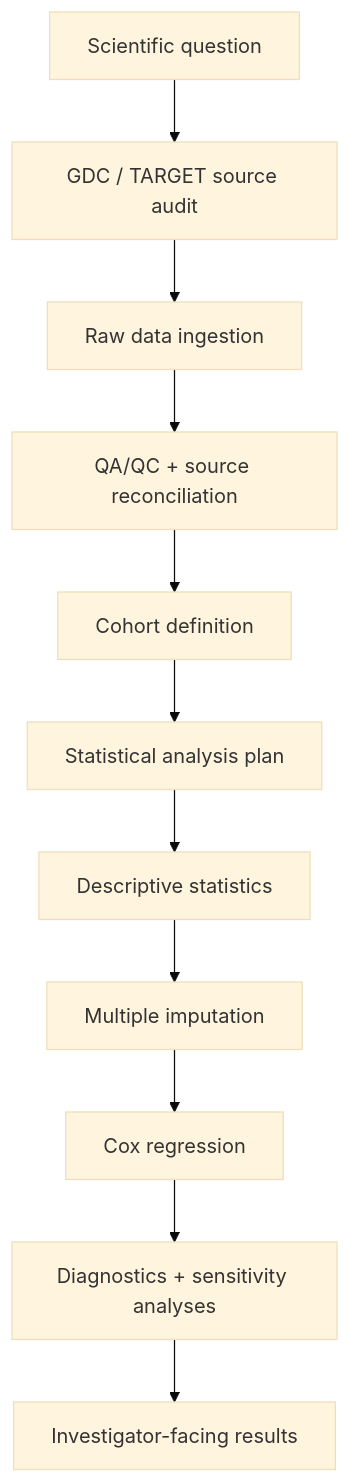
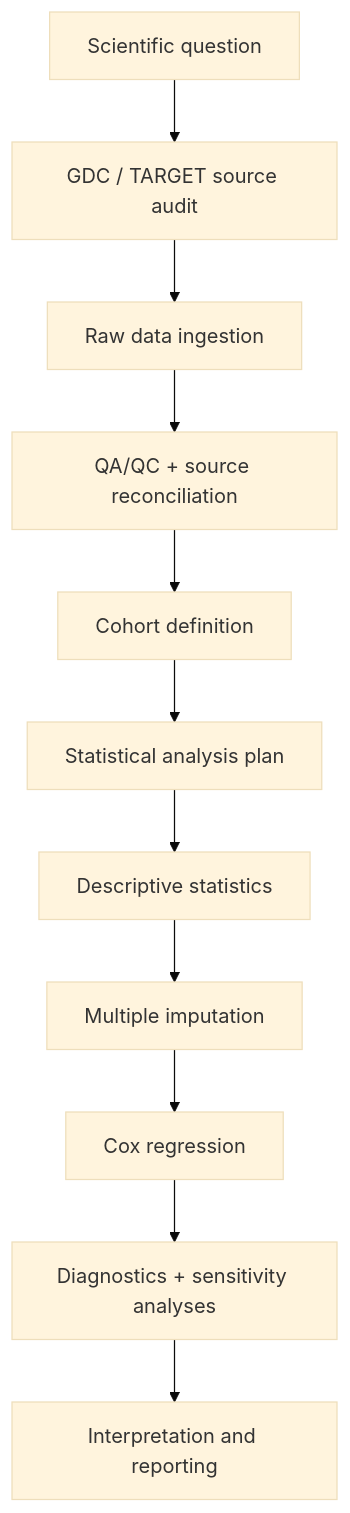
The diagram in README.md (dahlp94/pediastat), drawn with Mermaid (base theme) before and after one commit. The commit also changed other lines of this file and 6 other files, not shown here.

````diff
--- a/README.md
+++ b/README.md
@@ -35,13 +29,13 @@
 ```mermaid
 flowchart TD
     A[Scientific question] --> B[GDC / TARGET source audit]
     B --> C[Raw data ingestion]
     C --> D[QA/QC + source reconciliation]
     D --> E[Cohort definition]
     E --> F[Statistical analysis plan]
     F --> G[Descriptive statistics]
     G --> H[Multiple imputation]
     H --> I[Cox regression]
     I --> J[Diagnostics + sensitivity analyses]
-    J --> K[Investigator-facing results]
+    J --> K[Interpretation and reporting]
 ```
````
